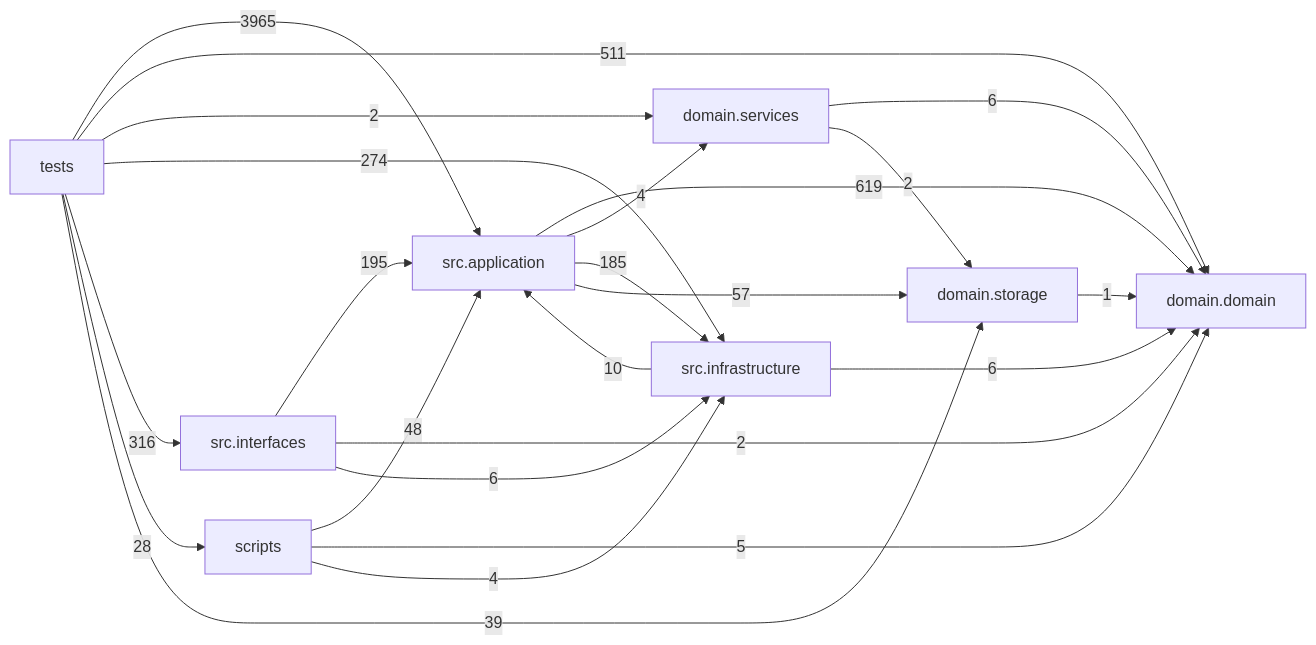
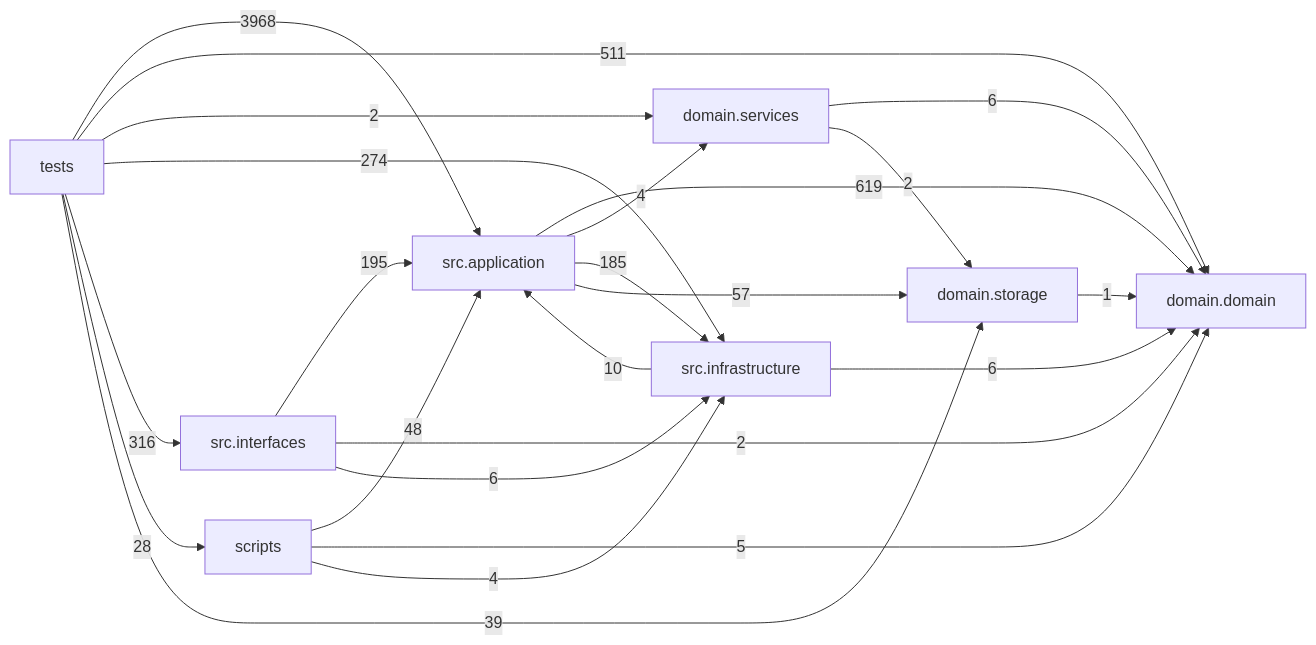
One commit to liuxie066/options-monitor changed the diagram in docs/DEPENDENCY_GRAPH.md. Above: the diagram before and after it, drawn with Mermaid. The commit also changed other lines of this file and 5 other files, not shown here.

````diff
--- a/docs/DEPENDENCY_GRAPH.md
+++ b/docs/DEPENDENCY_GRAPH.md
@@ -24,33 +24,33 @@
 ```mermaid
 flowchart LR
   tests["tests"]
   scripts["scripts"]
   interfaces["src.interfaces"]
   application["src.application"]
   infrastructure["src.infrastructure"]
   domain_services["domain.services"]
   domain["domain.domain"]
   storage["domain.storage"]
   application -->|619| domain
   application -->|4| domain_services
   application -->|185| infrastructure
   application -->|57| storage
   domain_services -->|6| domain
   domain_services -->|2| storage
   infrastructure -->|10| application
   infrastructure -->|6| domain
   interfaces -->|195| application
   interfaces -->|2| domain
   interfaces -->|6| infrastructure
   scripts -->|48| application
   scripts -->|5| domain
   scripts -->|4| infrastructure
   storage -->|1| domain
-  tests -->|3965| application
+  tests -->|3968| application
   tests -->|511| domain
   tests -->|2| domain_services
   tests -->|274| infrastructure
   tests -->|316| interfaces
   tests -->|28| scripts
   tests -->|39| storage
 ```
````
